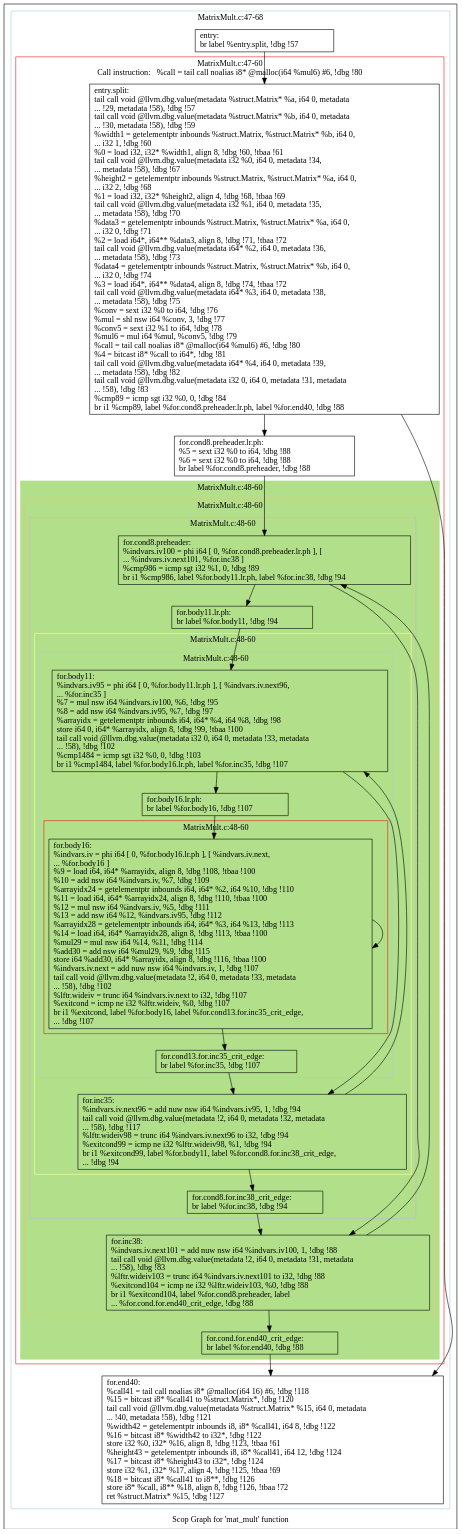
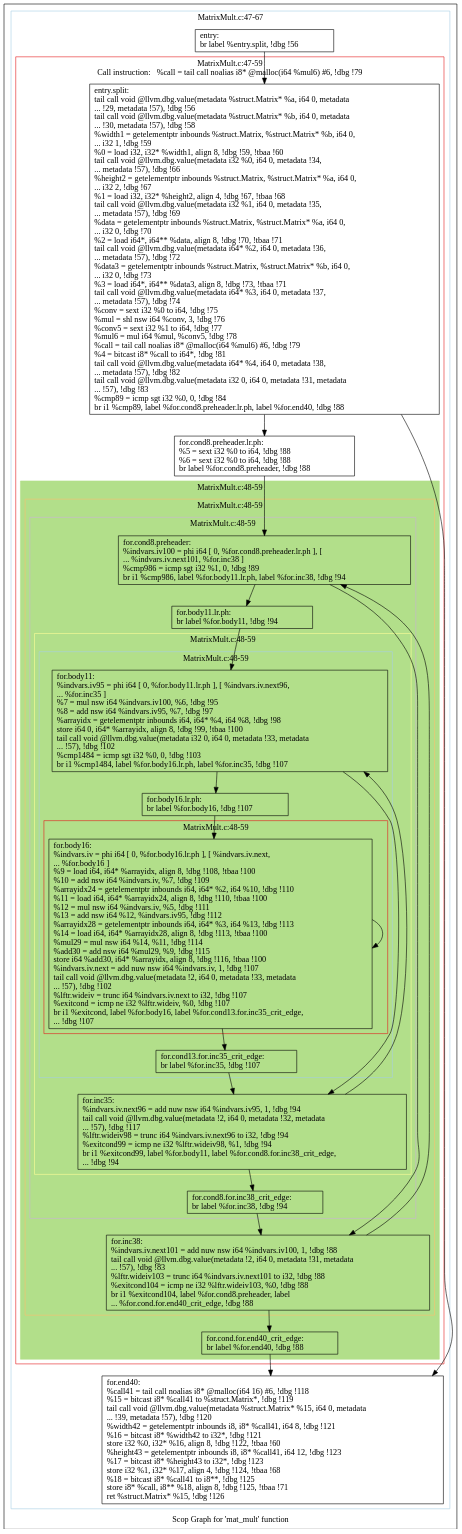
The diagram in polly/MatrixMult/impl/handwritten1/dot/scops.mat_mult.dot (samminweng/WhileyOpenCL), drawn with Graphviz before and after one commit. The commit also changed 540 other files, not shown here.

```diff
--- a/polly/MatrixMult/impl/handwritten1/dot/scops.mat_mult.dot
+++ b/polly/MatrixMult/impl/handwritten1/dot/scops.mat_mult.dot
@@ -1,99 +1,99 @@
 digraph "Scop Graph for 'mat_mult' function" {
 	label="Scop Graph for 'mat_mult' function";
 
-	Node0x9455570 [shape=record,label="{entry:\l  br label %entry.split, !dbg !57\l}"];
-	Node0x9455570 -> Node0x94f4980;
-	Node0x94f4980 [shape=record,label="{entry.split:                                      \l  tail call void @llvm.dbg.value(metadata %struct.Matrix* %a, i64 0, metadata\l... !29, metadata !58), !dbg !57\l  tail call void @llvm.dbg.value(metadata %struct.Matrix* %b, i64 0, metadata\l... !30, metadata !58), !dbg !59\l  %width1 = getelementptr inbounds %struct.Matrix, %struct.Matrix* %b, i64 0,\l... i32 1, !dbg !60\l  %0 = load i32, i32* %width1, align 8, !dbg !60, !tbaa !61\l  tail call void @llvm.dbg.value(metadata i32 %0, i64 0, metadata !34,\l... metadata !58), !dbg !67\l  %height2 = getelementptr inbounds %struct.Matrix, %struct.Matrix* %a, i64 0,\l... i32 2, !dbg !68\l  %1 = load i32, i32* %height2, align 4, !dbg !68, !tbaa !69\l  tail call void @llvm.dbg.value(metadata i32 %1, i64 0, metadata !35,\l... metadata !58), !dbg !70\l  %data3 = getelementptr inbounds %struct.Matrix, %struct.Matrix* %a, i64 0,\l... i32 0, !dbg !71\l  %2 = load i64*, i64** %data3, align 8, !dbg !71, !tbaa !72\l  tail call void @llvm.dbg.value(metadata i64* %2, i64 0, metadata !36,\l... metadata !58), !dbg !73\l  %data4 = getelementptr inbounds %struct.Matrix, %struct.Matrix* %b, i64 0,\l... i32 0, !dbg !74\l  %3 = load i64*, i64** %data4, align 8, !dbg !74, !tbaa !72\l  tail call void @llvm.dbg.value(metadata i64* %3, i64 0, metadata !38,\l... metadata !58), !dbg !75\l  %conv = sext i32 %0 to i64, !dbg !76\l  %mul = shl nsw i64 %conv, 3, !dbg !77\l  %conv5 = sext i32 %1 to i64, !dbg !78\l  %mul6 = mul i64 %mul, %conv5, !dbg !79\l  %call = tail call noalias i8* @malloc(i64 %mul6) #6, !dbg !80\l  %4 = bitcast i8* %call to i64*, !dbg !81\l  tail call void @llvm.dbg.value(metadata i64* %4, i64 0, metadata !39,\l... metadata !58), !dbg !82\l  tail call void @llvm.dbg.value(metadata i32 0, i64 0, metadata !31, metadata\l... !58), !dbg !83\l  %cmp89 = icmp sgt i32 %0, 0, !dbg !84\l  br i1 %cmp89, label %for.cond8.preheader.lr.ph, label %for.end40, !dbg !88\l}"];
-	Node0x94f4980 -> Node0x9464c40;
-	Node0x94f4980 -> Node0x9444240;
-	Node0x9464c40 [shape=record,label="{for.cond8.preheader.lr.ph:                        \l  %5 = sext i32 %0 to i64, !dbg !88\l  %6 = sext i32 %0 to i64, !dbg !88\l  br label %for.cond8.preheader, !dbg !88\l}"];
-	Node0x9464c40 -> Node0x94463a0;
-	Node0x94463a0 [shape=record,label="{for.cond8.preheader:                              \l  %indvars.iv100 = phi i64 [ 0, %for.cond8.preheader.lr.ph ], [\l... %indvars.iv.next101, %for.inc38 ]\l  %cmp986 = icmp sgt i32 %1, 0, !dbg !89\l  br i1 %cmp986, label %for.body11.lr.ph, label %for.inc38, !dbg !94\l}"];
-	Node0x94463a0 -> Node0x9467c90;
-	Node0x94463a0 -> Node0x944a370;
-	Node0x9467c90 [shape=record,label="{for.body11.lr.ph:                                 \l  br label %for.body11, !dbg !94\l}"];
-	Node0x9467c90 -> Node0x9447780;
-	Node0x9447780 [shape=record,label="{for.body11:                                       \l  %indvars.iv95 = phi i64 [ 0, %for.body11.lr.ph ], [ %indvars.iv.next96,\l... %for.inc35 ]\l  %7 = mul nsw i64 %indvars.iv100, %6, !dbg !95\l  %8 = add nsw i64 %indvars.iv95, %7, !dbg !97\l  %arrayidx = getelementptr inbounds i64, i64* %4, i64 %8, !dbg !98\l  store i64 0, i64* %arrayidx, align 8, !dbg !99, !tbaa !100\l  tail call void @llvm.dbg.value(metadata i32 0, i64 0, metadata !33, metadata\l... !58), !dbg !102\l  %cmp1484 = icmp sgt i32 %0, 0, !dbg !103\l  br i1 %cmp1484, label %for.body16.lr.ph, label %for.inc35, !dbg !107\l}"];
-	Node0x9447780 -> Node0x94477a0;
-	Node0x9447780 -> Node0x9444580;
-	Node0x94477a0 [shape=record,label="{for.body16.lr.ph:                                 \l  br label %for.body16, !dbg !107\l}"];
-	Node0x94477a0 -> Node0x9448fb0;
-	Node0x9448fb0 [shape=record,label="{for.body16:                                       \l  %indvars.iv = phi i64 [ 0, %for.body16.lr.ph ], [ %indvars.iv.next,\l... %for.body16 ]\l  %9 = load i64, i64* %arrayidx, align 8, !dbg !108, !tbaa !100\l  %10 = add nsw i64 %indvars.iv, %7, !dbg !109\l  %arrayidx24 = getelementptr inbounds i64, i64* %2, i64 %10, !dbg !110\l  %11 = load i64, i64* %arrayidx24, align 8, !dbg !110, !tbaa !100\l  %12 = mul nsw i64 %indvars.iv, %5, !dbg !111\l  %13 = add nsw i64 %12, %indvars.iv95, !dbg !112\l  %arrayidx28 = getelementptr inbounds i64, i64* %3, i64 %13, !dbg !113\l  %14 = load i64, i64* %arrayidx28, align 8, !dbg !113, !tbaa !100\l  %mul29 = mul nsw i64 %14, %11, !dbg !114\l  %add30 = add nsw i64 %mul29, %9, !dbg !115\l  store i64 %add30, i64* %arrayidx, align 8, !dbg !116, !tbaa !100\l  %indvars.iv.next = add nuw nsw i64 %indvars.iv, 1, !dbg !107\l  tail call void @llvm.dbg.value(metadata !2, i64 0, metadata !33, metadata\l... !58), !dbg !102\l  %lftr.wideiv = trunc i64 %indvars.iv.next to i32, !dbg !107\l  %exitcond = icmp ne i32 %lftr.wideiv, %0, !dbg !107\l  br i1 %exitcond, label %for.body16, label %for.cond13.for.inc35_crit_edge,\l... !dbg !107\l}"];
-	Node0x9448fb0 -> Node0x9448fb0[constraint=false];
-	Node0x9448fb0 -> Node0x94569c0;
-	Node0x94569c0 [shape=record,label="{for.cond13.for.inc35_crit_edge:                   \l  br label %for.inc35, !dbg !107\l}"];
-	Node0x94569c0 -> Node0x9444580;
-	Node0x9444580 [shape=record,label="{for.inc35:                                        \l  %indvars.iv.next96 = add nuw nsw i64 %indvars.iv95, 1, !dbg !94\l  tail call void @llvm.dbg.value(metadata !2, i64 0, metadata !32, metadata\l... !58), !dbg !117\l  %lftr.wideiv98 = trunc i64 %indvars.iv.next96 to i32, !dbg !94\l  %exitcond99 = icmp ne i32 %lftr.wideiv98, %1, !dbg !94\l  br i1 %exitcond99, label %for.body11, label %for.cond8.for.inc38_crit_edge,\l... !dbg !94\l}"];
-	Node0x9444580 -> Node0x9447780[constraint=false];
-	Node0x9444580 -> Node0x9548a00;
-	Node0x9548a00 [shape=record,label="{for.cond8.for.inc38_crit_edge:                    \l  br label %for.inc38, !dbg !94\l}"];
-	Node0x9548a00 -> Node0x944a370;
-	Node0x944a370 [shape=record,label="{for.inc38:                                        \l  %indvars.iv.next101 = add nuw nsw i64 %indvars.iv100, 1, !dbg !88\l  tail call void @llvm.dbg.value(metadata !2, i64 0, metadata !31, metadata\l... !58), !dbg !83\l  %lftr.wideiv103 = trunc i64 %indvars.iv.next101 to i32, !dbg !88\l  %exitcond104 = icmp ne i32 %lftr.wideiv103, %0, !dbg !88\l  br i1 %exitcond104, label %for.cond8.preheader, label\l... %for.cond.for.end40_crit_edge, !dbg !88\l}"];
-	Node0x944a370 -> Node0x94463a0[constraint=false];
-	Node0x944a370 -> Node0x9548a60;
-	Node0x9548a60 [shape=record,label="{for.cond.for.end40_crit_edge:                     \l  br label %for.end40, !dbg !88\l}"];
-	Node0x9548a60 -> Node0x9444240;
-	Node0x9444240 [shape=record,label="{for.end40:                                        \l  %call41 = tail call noalias i8* @malloc(i64 16) #6, !dbg !118\l  %15 = bitcast i8* %call41 to %struct.Matrix*, !dbg !120\l  tail call void @llvm.dbg.value(metadata %struct.Matrix* %15, i64 0, metadata\l... !40, metadata !58), !dbg !121\l  %width42 = getelementptr inbounds i8, i8* %call41, i64 8, !dbg !122\l  %16 = bitcast i8* %width42 to i32*, !dbg !122\l  store i32 %0, i32* %16, align 8, !dbg !123, !tbaa !61\l  %height43 = getelementptr inbounds i8, i8* %call41, i64 12, !dbg !124\l  %17 = bitcast i8* %height43 to i32*, !dbg !124\l  store i32 %1, i32* %17, align 4, !dbg !125, !tbaa !69\l  %18 = bitcast i8* %call41 to i8**, !dbg !126\l  store i8* %call, i8** %18, align 8, !dbg !126, !tbaa !72\l  ret %struct.Matrix* %15, !dbg !127\l}"];
+	Node0x95d4230 [shape=record,label="{entry:\l  br label %entry.split, !dbg !56\l}"];
+	Node0x95d4230 -> Node0x95db260;
+	Node0x95db260 [shape=record,label="{entry.split:                                      \l  tail call void @llvm.dbg.value(metadata %struct.Matrix* %a, i64 0, metadata\l... !29, metadata !57), !dbg !56\l  tail call void @llvm.dbg.value(metadata %struct.Matrix* %b, i64 0, metadata\l... !30, metadata !57), !dbg !58\l  %width1 = getelementptr inbounds %struct.Matrix, %struct.Matrix* %b, i64 0,\l... i32 1, !dbg !59\l  %0 = load i32, i32* %width1, align 8, !dbg !59, !tbaa !60\l  tail call void @llvm.dbg.value(metadata i32 %0, i64 0, metadata !34,\l... metadata !57), !dbg !66\l  %height2 = getelementptr inbounds %struct.Matrix, %struct.Matrix* %a, i64 0,\l... i32 2, !dbg !67\l  %1 = load i32, i32* %height2, align 4, !dbg !67, !tbaa !68\l  tail call void @llvm.dbg.value(metadata i32 %1, i64 0, metadata !35,\l... metadata !57), !dbg !69\l  %data = getelementptr inbounds %struct.Matrix, %struct.Matrix* %a, i64 0,\l... i32 0, !dbg !70\l  %2 = load i64*, i64** %data, align 8, !dbg !70, !tbaa !71\l  tail call void @llvm.dbg.value(metadata i64* %2, i64 0, metadata !36,\l... metadata !57), !dbg !72\l  %data3 = getelementptr inbounds %struct.Matrix, %struct.Matrix* %b, i64 0,\l... i32 0, !dbg !73\l  %3 = load i64*, i64** %data3, align 8, !dbg !73, !tbaa !71\l  tail call void @llvm.dbg.value(metadata i64* %3, i64 0, metadata !37,\l... metadata !57), !dbg !74\l  %conv = sext i32 %0 to i64, !dbg !75\l  %mul = shl nsw i64 %conv, 3, !dbg !76\l  %conv5 = sext i32 %1 to i64, !dbg !77\l  %mul6 = mul i64 %mul, %conv5, !dbg !78\l  %call = tail call noalias i8* @malloc(i64 %mul6) #6, !dbg !79\l  %4 = bitcast i8* %call to i64*, !dbg !81\l  tail call void @llvm.dbg.value(metadata i64* %4, i64 0, metadata !38,\l... metadata !57), !dbg !82\l  tail call void @llvm.dbg.value(metadata i32 0, i64 0, metadata !31, metadata\l... !57), !dbg !83\l  %cmp89 = icmp sgt i32 %0, 0, !dbg !84\l  br i1 %cmp89, label %for.cond8.preheader.lr.ph, label %for.end40, !dbg !88\l}"];
+	Node0x95db260 -> Node0x94efcc0;
+	Node0x95db260 -> Node0x95e0000;
+	Node0x94efcc0 [shape=record,label="{for.cond8.preheader.lr.ph:                        \l  %5 = sext i32 %0 to i64, !dbg !88\l  %6 = sext i32 %0 to i64, !dbg !88\l  br label %for.cond8.preheader, !dbg !88\l}"];
+	Node0x94efcc0 -> Node0x94df140;
+	Node0x94df140 [shape=record,label="{for.cond8.preheader:                              \l  %indvars.iv100 = phi i64 [ 0, %for.cond8.preheader.lr.ph ], [\l... %indvars.iv.next101, %for.inc38 ]\l  %cmp986 = icmp sgt i32 %1, 0, !dbg !89\l  br i1 %cmp986, label %for.body11.lr.ph, label %for.inc38, !dbg !94\l}"];
+	Node0x94df140 -> Node0x94f0790;
+	Node0x94df140 -> Node0x94e1430;
+	Node0x94f0790 [shape=record,label="{for.body11.lr.ph:                                 \l  br label %for.body11, !dbg !94\l}"];
+	Node0x94f0790 -> Node0x95e3250;
+	Node0x95e3250 [shape=record,label="{for.body11:                                       \l  %indvars.iv95 = phi i64 [ 0, %for.body11.lr.ph ], [ %indvars.iv.next96,\l... %for.inc35 ]\l  %7 = mul nsw i64 %indvars.iv100, %6, !dbg !95\l  %8 = add nsw i64 %indvars.iv95, %7, !dbg !97\l  %arrayidx = getelementptr inbounds i64, i64* %4, i64 %8, !dbg !98\l  store i64 0, i64* %arrayidx, align 8, !dbg !99, !tbaa !100\l  tail call void @llvm.dbg.value(metadata i32 0, i64 0, metadata !33, metadata\l... !57), !dbg !102\l  %cmp1484 = icmp sgt i32 %0, 0, !dbg !103\l  br i1 %cmp1484, label %for.body16.lr.ph, label %for.inc35, !dbg !107\l}"];
+	Node0x95e3250 -> Node0x94e1db0;
+	Node0x95e3250 -> Node0x94e92c0;
+	Node0x94e1db0 [shape=record,label="{for.body16.lr.ph:                                 \l  br label %for.body16, !dbg !107\l}"];
+	Node0x94e1db0 -> Node0x94ed090;
+	Node0x94ed090 [shape=record,label="{for.body16:                                       \l  %indvars.iv = phi i64 [ 0, %for.body16.lr.ph ], [ %indvars.iv.next,\l... %for.body16 ]\l  %9 = load i64, i64* %arrayidx, align 8, !dbg !108, !tbaa !100\l  %10 = add nsw i64 %indvars.iv, %7, !dbg !109\l  %arrayidx24 = getelementptr inbounds i64, i64* %2, i64 %10, !dbg !110\l  %11 = load i64, i64* %arrayidx24, align 8, !dbg !110, !tbaa !100\l  %12 = mul nsw i64 %indvars.iv, %5, !dbg !111\l  %13 = add nsw i64 %12, %indvars.iv95, !dbg !112\l  %arrayidx28 = getelementptr inbounds i64, i64* %3, i64 %13, !dbg !113\l  %14 = load i64, i64* %arrayidx28, align 8, !dbg !113, !tbaa !100\l  %mul29 = mul nsw i64 %14, %11, !dbg !114\l  %add30 = add nsw i64 %mul29, %9, !dbg !115\l  store i64 %add30, i64* %arrayidx, align 8, !dbg !116, !tbaa !100\l  %indvars.iv.next = add nuw nsw i64 %indvars.iv, 1, !dbg !107\l  tail call void @llvm.dbg.value(metadata !2, i64 0, metadata !33, metadata\l... !57), !dbg !102\l  %lftr.wideiv = trunc i64 %indvars.iv.next to i32, !dbg !107\l  %exitcond = icmp ne i32 %lftr.wideiv, %0, !dbg !107\l  br i1 %exitcond, label %for.body16, label %for.cond13.for.inc35_crit_edge,\l... !dbg !107\l}"];
+	Node0x94ed090 -> Node0x94ed090[constraint=false];
+	Node0x94ed090 -> Node0x95ec0b0;
+	Node0x95ec0b0 [shape=record,label="{for.cond13.for.inc35_crit_edge:                   \l  br label %for.inc35, !dbg !107\l}"];
+	Node0x95ec0b0 -> Node0x94e92c0;
+	Node0x94e92c0 [shape=record,label="{for.inc35:                                        \l  %indvars.iv.next96 = add nuw nsw i64 %indvars.iv95, 1, !dbg !94\l  tail call void @llvm.dbg.value(metadata !2, i64 0, metadata !32, metadata\l... !57), !dbg !117\l  %lftr.wideiv98 = trunc i64 %indvars.iv.next96 to i32, !dbg !94\l  %exitcond99 = icmp ne i32 %lftr.wideiv98, %1, !dbg !94\l  br i1 %exitcond99, label %for.body11, label %for.cond8.for.inc38_crit_edge,\l... !dbg !94\l}"];
+	Node0x94e92c0 -> Node0x95e3250[constraint=false];
+	Node0x94e92c0 -> Node0x94e2a90;
+	Node0x94e2a90 [shape=record,label="{for.cond8.for.inc38_crit_edge:                    \l  br label %for.inc38, !dbg !94\l}"];
+	Node0x94e2a90 -> Node0x94e1430;
+	Node0x94e1430 [shape=record,label="{for.inc38:                                        \l  %indvars.iv.next101 = add nuw nsw i64 %indvars.iv100, 1, !dbg !88\l  tail call void @llvm.dbg.value(metadata !2, i64 0, metadata !31, metadata\l... !57), !dbg !83\l  %lftr.wideiv103 = trunc i64 %indvars.iv.next101 to i32, !dbg !88\l  %exitcond104 = icmp ne i32 %lftr.wideiv103, %0, !dbg !88\l  br i1 %exitcond104, label %for.cond8.preheader, label\l... %for.cond.for.end40_crit_edge, !dbg !88\l}"];
+	Node0x94e1430 -> Node0x94df140[constraint=false];
+	Node0x94e1430 -> Node0x94e72a0;
+	Node0x94e72a0 [shape=record,label="{for.cond.for.end40_crit_edge:                     \l  br label %for.end40, !dbg !88\l}"];
+	Node0x94e72a0 -> Node0x95e0000;
+	Node0x95e0000 [shape=record,label="{for.end40:                                        \l  %call41 = tail call noalias i8* @malloc(i64 16) #6, !dbg !118\l  %15 = bitcast i8* %call41 to %struct.Matrix*, !dbg !119\l  tail call void @llvm.dbg.value(metadata %struct.Matrix* %15, i64 0, metadata\l... !39, metadata !57), !dbg !120\l  %width42 = getelementptr inbounds i8, i8* %call41, i64 8, !dbg !121\l  %16 = bitcast i8* %width42 to i32*, !dbg !121\l  store i32 %0, i32* %16, align 8, !dbg !122, !tbaa !60\l  %height43 = getelementptr inbounds i8, i8* %call41, i64 12, !dbg !123\l  %17 = bitcast i8* %height43 to i32*, !dbg !123\l  store i32 %1, i32* %17, align 4, !dbg !124, !tbaa !68\l  %18 = bitcast i8* %call41 to i8**, !dbg !125\l  store i8* %call, i8** %18, align 8, !dbg !125, !tbaa !71\l  ret %struct.Matrix* %15, !dbg !126\l}"];
 	colorscheme = "paired12"
-        subgraph cluster_0x944dfa0 {
-          label = "MatrixMult.c:47-68
+        subgraph cluster_0x94e9370 {
+          label = "MatrixMult.c:47-67
 ";
           style = solid;
           color = 1
-          subgraph cluster_0x953efa0 {
-            label = "MatrixMult.c:47-60
-Call instruction:   %call = tail call noalias i8* @malloc(i64 %mul6) #6, !dbg !80";
+          subgraph cluster_0x94ef430 {
+            label = "MatrixMult.c:47-59
+Call instruction:   %call = tail call noalias i8* @malloc(i64 %mul6) #6, !dbg !79";
             style = solid;
             color = 6
-            subgraph cluster_0x944db90 {
-              label = "MatrixMult.c:48-60
+            subgraph cluster_0x94ee170 {
+              label = "MatrixMult.c:48-59
 ";
               style = filled;
-              color = 3              subgraph cluster_0x953bca0 {
-                label = "MatrixMult.c:48-60
+              color = 3              subgraph cluster_0x94dc5f0 {
+                label = "MatrixMult.c:48-59
 ";
                 style = solid;
                 color = 7
-                subgraph cluster_0x9453120 {
-                  label = "MatrixMult.c:48-60
+                subgraph cluster_0x94de310 {
+                  label = "MatrixMult.c:48-59
 ";
                   style = solid;
                   color = 9
-                  subgraph cluster_0x9537050 {
-                    label = "MatrixMult.c:48-60
+                  subgraph cluster_0x94e0ff0 {
+                    label = "MatrixMult.c:48-59
 ";
                     style = solid;
                     color = 11
-                    subgraph cluster_0x9544e20 {
-                      label = "MatrixMult.c:48-60
+                    subgraph cluster_0x94e3b10 {
+                      label = "MatrixMult.c:48-59
 ";
                       style = solid;
                       color = 1
-                      subgraph cluster_0x943ec00 {
-                        label = "MatrixMult.c:48-60
+                      subgraph cluster_0x9583ab0 {
+                        label = "MatrixMult.c:48-59
 ";
                         style = solid;
                         color = 6
-                        Node0x9448fb0;
+                        Node0x94ed090;
                       }
-                      Node0x9447780;
-                      Node0x94477a0;
-                      Node0x94569c0;
+                      Node0x95e3250;
+                      Node0x94e1db0;
+                      Node0x95ec0b0;
                     }
-                    Node0x9444580;
+                    Node0x94e92c0;
                   }
-                  Node0x94463a0;
-                  Node0x9467c90;
-                  Node0x9548a00;
+                  Node0x94df140;
+                  Node0x94f0790;
+                  Node0x94e2a90;
                 }
-                Node0x944a370;
+                Node0x94e1430;
               }
-              Node0x9548a60;
+              Node0x94e72a0;
             }
-            Node0x94f4980;
-            Node0x9464c40;
+            Node0x95db260;
+            Node0x94efcc0;
           }
-          Node0x9455570;
-          Node0x9444240;
+          Node0x95d4230;
+          Node0x95e0000;
         }
 }
```
